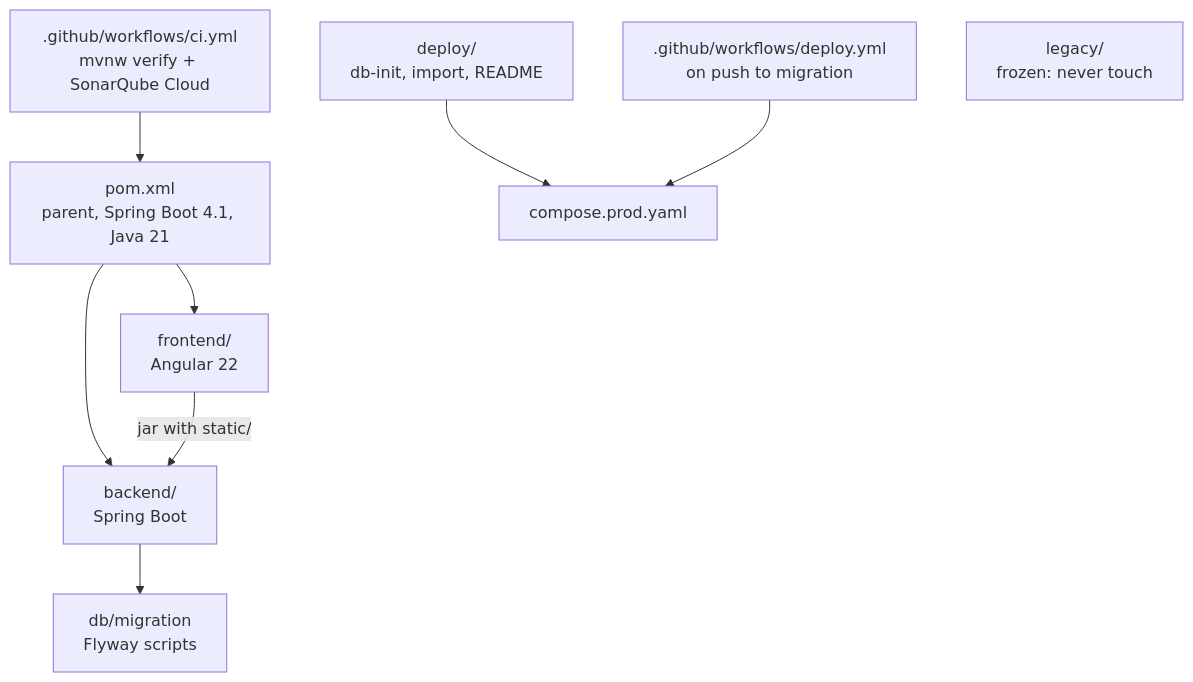
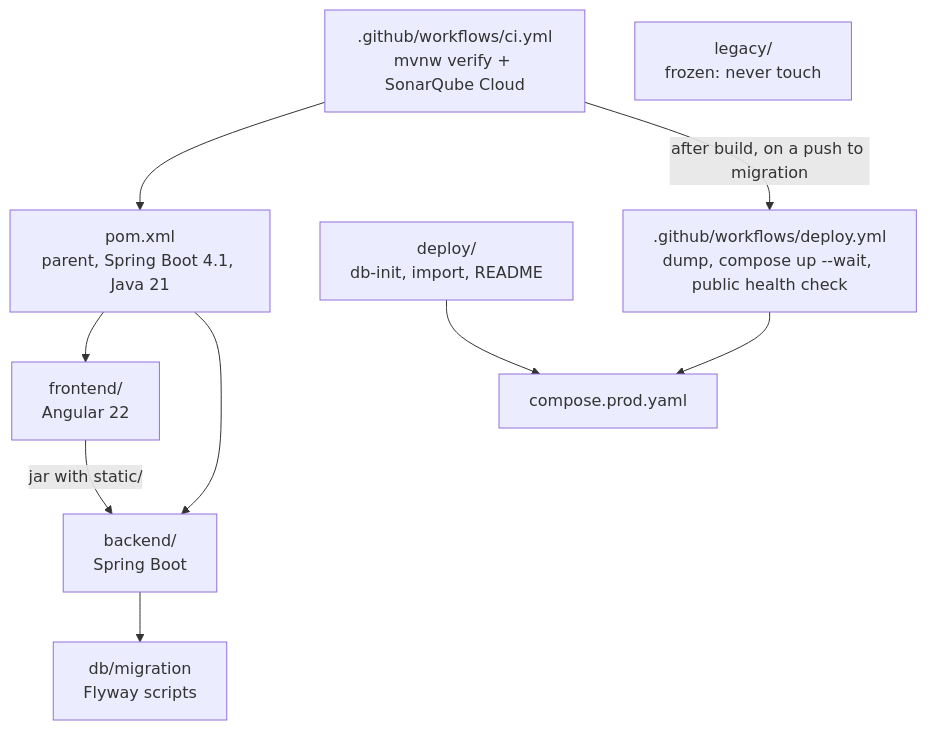
Before and after one commit to irmahs-labs/tournament-leaderboard: the second of 7 diagrams in docs/context-graph.md, drawn with Mermaid. The commit also changed other lines of this file and 4 other files, not shown here.

First line of the commit message:
ci: deploy only after CI passes, dump the database first, check the public address

````diff
--- a/docs/context-graph.md
+++ b/docs/context-graph.md
@@ -25,11 +25,12 @@
 ```mermaid
 flowchart TD
     root[pom.xml<br/>parent, Spring Boot 4.1, Java 21] --> fe[frontend/<br/>Angular 22]
     root --> be[backend/<br/>Spring Boot]
     fe -->|jar with static/| be
     be --> mig[db/migration<br/>Flyway scripts]
     deploy[deploy/<br/>db-init, import, README] --> prod[compose.prod.yaml]
     ci[.github/workflows/ci.yml<br/>mvnw verify + SonarQube Cloud] --> root
-    dep[.github/workflows/deploy.yml<br/>on push to migration] --> prod
+    ci -->|"after build, on a push to migration"| dep[.github/workflows/deploy.yml<br/>dump, compose up --wait, public health check]
+    dep --> prod
     legacy[legacy/<br/>frozen: never touch]
 ```
````
